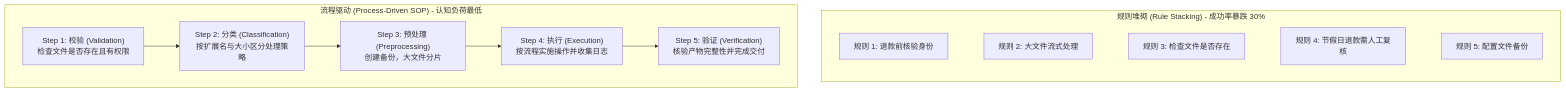
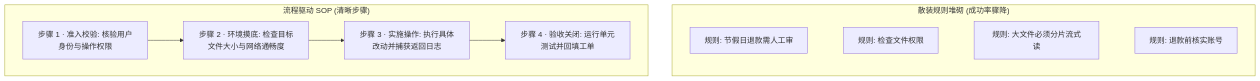
The first of 3 diagrams in app/ch02-context/03-prompt-engineering-and-skills/page.mdx (ljh12138164/ai-agent-study), drawn with Mermaid before and after one commit. The commit also changed other lines of this file and 43 other files, not shown here.

````diff
--- a/app/ch02-context/03-prompt-engineering-and-skills/page.mdx
+++ b/app/ch02-context/03-prompt-engineering-and-skills/page.mdx
@@ -40,20 +40,18 @@
 ```mermaid
-graph TD
-    subgraph Bad["规则堆砌 (Rule Stacking) - 成功率暴跌 30%"]
-        R1[规则 1: 退款前核验身份]
-        R2[规则 2: 大文件流式处理]
-        R3[规则 3: 检查文件是否存在]
-        R4[规则 4: 节假日退款需人工复核]
-        R5[规则 5: 配置文件备份]
-        R1 ~~~ R2 ~~~ R3 ~~~ R4 ~~~ R5
+flowchart TD
+    subgraph Bad["散装规则堆砌 (成功率骤降)"]
+        B1["规则: 节假日退款需人工审"]
+        B2["规则: 检查文件权限"]
+        B3["规则: 大文件必须分片流式读"]
+        B4["规则: 退款前核实账号"]
+        B1 ~~~ B2 ~~~ B3 ~~~ B4
     end
 
-    subgraph Good["流程驱动 (Process-Driven SOP) - 认知负荷最低"]
-        S1["Step 1: 校验 (Validation)<br/>检查文件是否存在且有权限"]
-        S2["Step 2: 分类 (Classification)<br/>按扩展名与大小区分处理策略"]
-        S3["Step 3: 预处理 (Preprocessing)<br/>创建备份，大文件分片"]
-        S4["Step 4: 执行 (Execution)<br/>按流程实施操作并收集日志"]
-        S5["Step 5: 验证 (Verification)<br/>核验产物完整性并完成交付"]
-        S1 --> S2 --> S3 --> S4 --> S5
+    subgraph Good["流程驱动 SOP (清晰步骤)"]
+        S1["步骤 1 · 准入校验: 核验用户身份与操作权限"]
+        S2["步骤 2 · 环境摸底: 检查目标文件大小与网络通畅度"]
+        S3["步骤 3 · 实施操作: 执行具体改动并捕获返回日志"]
+        S4["步骤 4 · 验收关闭: 运行单元测试并回填工单"]
+        S1 --> S2 --> S3 --> S4
     end
 ```
````
